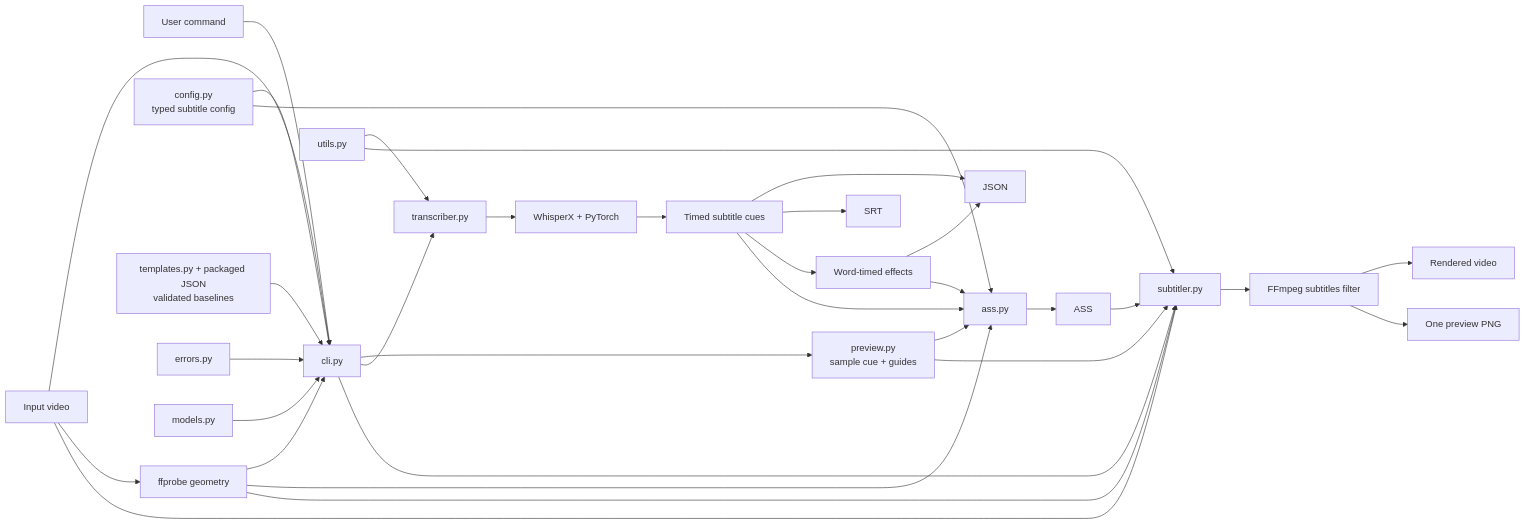
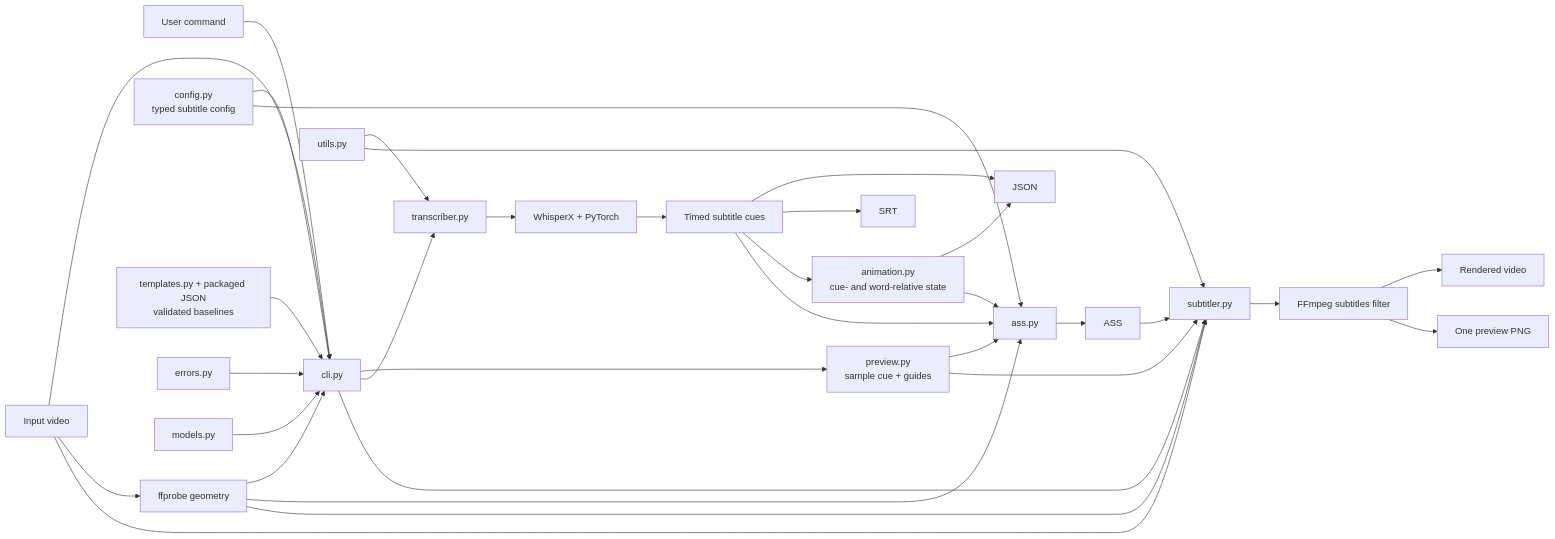
Before and after one commit to denilson-santos/multisubs: the diagram in docs/architecture.md, drawn with Mermaid. The commit also changed other lines of this file and 8 other files, not shown here.

```diff
--- a/docs/architecture.md
+++ b/docs/architecture.md
@@ -12,35 +12,35 @@
 ~~~mermaid
 flowchart LR
     user[User command] --> cli[cli.py]
     input[Input video] --> cli
     input --> probe[ffprobe geometry]
     probe --> cli
     config[config.py<br/>typed subtitle config] --> cli
     templates[templates.py + packaged JSON<br/>validated baselines] --> cli
     cli --> preview[preview.py<br/>sample cue + guides]
     cli --> transcriber[transcriber.py]
     transcriber --> whisper[WhisperX + PyTorch]
     whisper --> cues[Timed subtitle cues]
     cues --> json[JSON]
     cues --> srt[SRT]
-    cues --> effects[Word-timed effects]
-    effects --> json
-    effects --> asswriter
+    cues --> animations[animation.py<br/>cue- and word-relative state]
+    animations --> json
+    animations --> asswriter
     cues --> asswriter[ass.py]
     asswriter --> ass[ASS]
     preview --> asswriter
     config --> asswriter
     probe --> asswriter
     cli --> subtitler[subtitler.py]
     preview --> subtitler
     input --> subtitler
     ass --> subtitler
     probe --> subtitler
     subtitler --> ffmpeg[FFmpeg subtitles filter]
     ffmpeg --> video[Rendered video]
     ffmpeg --> png[One preview PNG]
     utils[utils.py] --> transcriber
     utils --> subtitler
     errors[errors.py] --> cli
     models[models.py] --> cli
 ~~~
```
